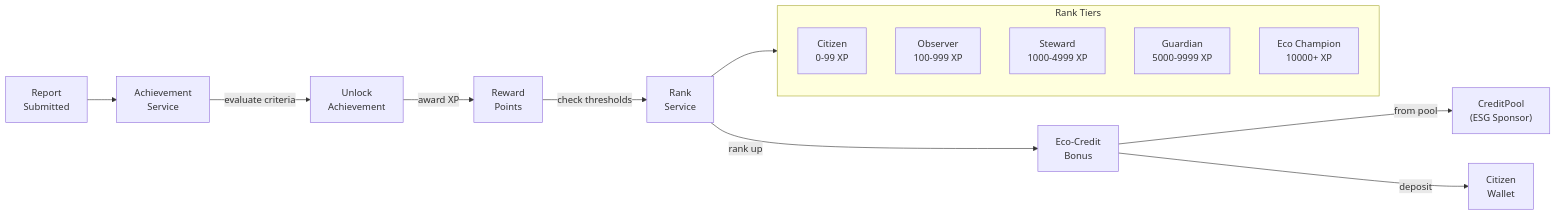
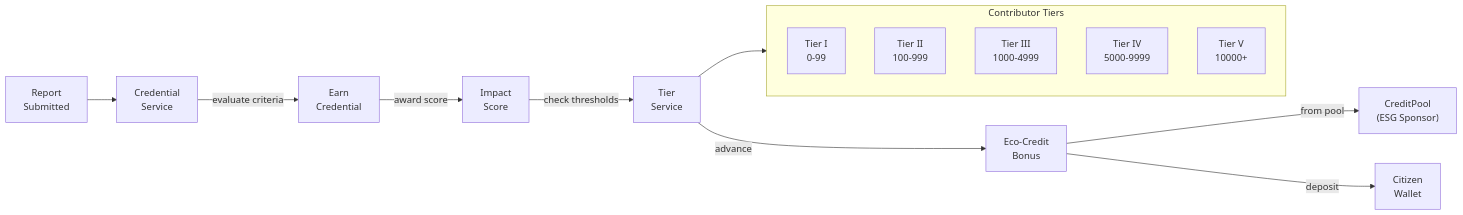
The fourth of 4 diagrams in docs/dataflow-diagram.md (J-Akiru5/LikasLens), drawn with Mermaid before and after one commit. The commit also changed other lines of this file and 1 other file, not shown here.

````diff
--- a/docs/dataflow-diagram.md
+++ b/docs/dataflow-diagram.md
@@ -206,20 +206,20 @@
 ```mermaid
 flowchart LR
-    Report["Report<br/>Submitted"] --> Achieve["Achievement<br/>Service"]
-    Achieve -->|evaluate criteria| Unlock["Unlock<br/>Achievement"]
-    Unlock -->|award XP| Points["Reward<br/>Points"]
-    Points -->|check thresholds| Rank["Rank<br/>Service"]
-    Rank -->|rank up| Credits["Eco-Credit<br/>Bonus"]
+    Report["Report<br/>Submitted"] --> Achieve["Credential<br/>Service"]
+    Achieve -->|evaluate criteria| Earn["Earn<br/>Credential"]
+    Earn -->|award score| Impact["Impact<br/>Score"]
+    Impact -->|check thresholds| Tier["Tier<br/>Service"]
+    Tier -->|advance| Credits["Eco-Credit<br/>Bonus"]
     Credits -->|from pool| Pool["CreditPool<br/>(ESG Sponsor)"]
     Credits -->|deposit| Wallet["Citizen<br/>Wallet"]
 
-    subgraph Ranks["Rank Tiers"]
-        R1["Citizen<br/>0-99 XP"]
-        R2["Observer<br/>100-999 XP"]
-        R3["Steward<br/>1000-4999 XP"]
-        R4["Guardian<br/>5000-9999 XP"]
-        R5["Eco Champion<br/>10000+ XP"]
+    subgraph Tiers["Contributor Tiers"]
+        T1["Tier I<br/>0-99"]
+        T2["Tier II<br/>100-999"]
+        T3["Tier III<br/>1000-4999"]
+        T4["Tier IV<br/>5000-9999"]
+        T5["Tier V<br/>10000+"]
     end
 
-    Rank --> Ranks
+    Tier --> Tiers
 ```
````
